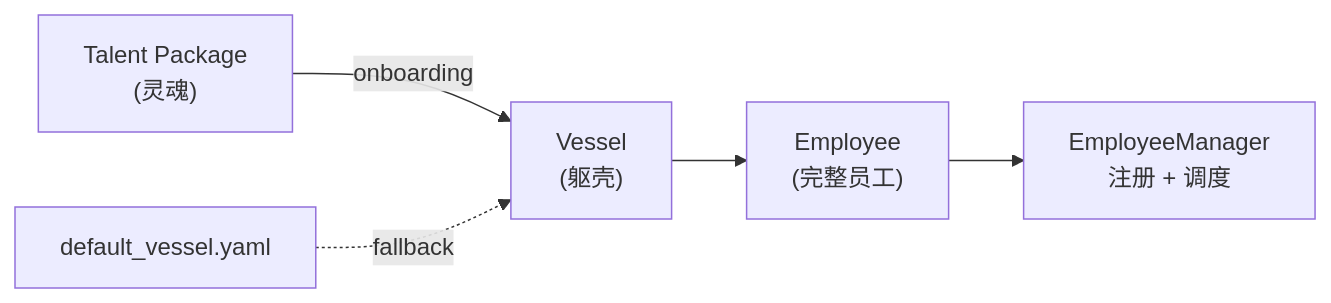
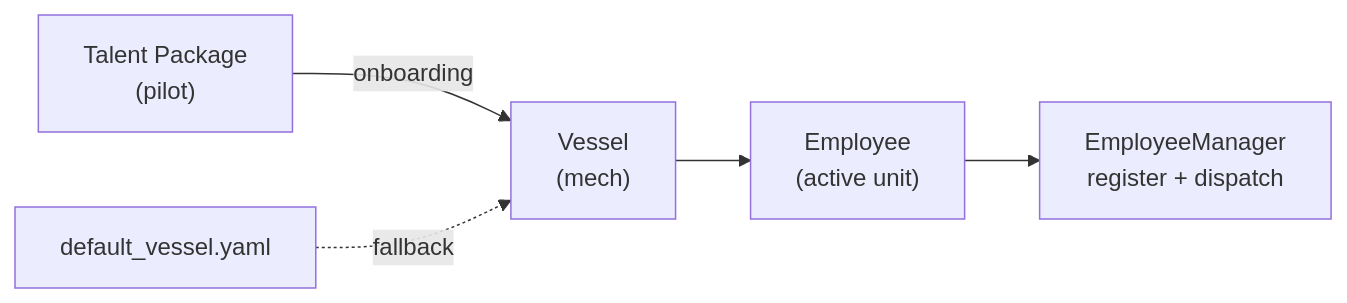
One commit to 1mancompany/OneManCompany changed the third of 4 diagrams in README.md. Above: the diagram before and after it, drawn with Mermaid. The commit also changed other lines of this file and 19 other files, not shown here.

````diff
--- a/README.md
+++ b/README.md
@@ -420,7 +362,7 @@
 ```mermaid
 flowchart LR
-    T["Talent Package<br>(灵魂)"] -->|"onboarding"| V["Vessel<br>(躯壳)"]
+    T["Talent Package<br>(pilot)"] -->|"onboarding"| V["Vessel<br>(mech)"]
     D["default_vessel.yaml"] -.->|"fallback"| V
-    V --> E["Employee<br>(完整员工)"]
-    E --> EM["EmployeeManager<br>注册 + 调度"]
+    V --> E["Employee<br>(active unit)"]
+    E --> EM["EmployeeManager<br>register + dispatch"]
 ```
````
